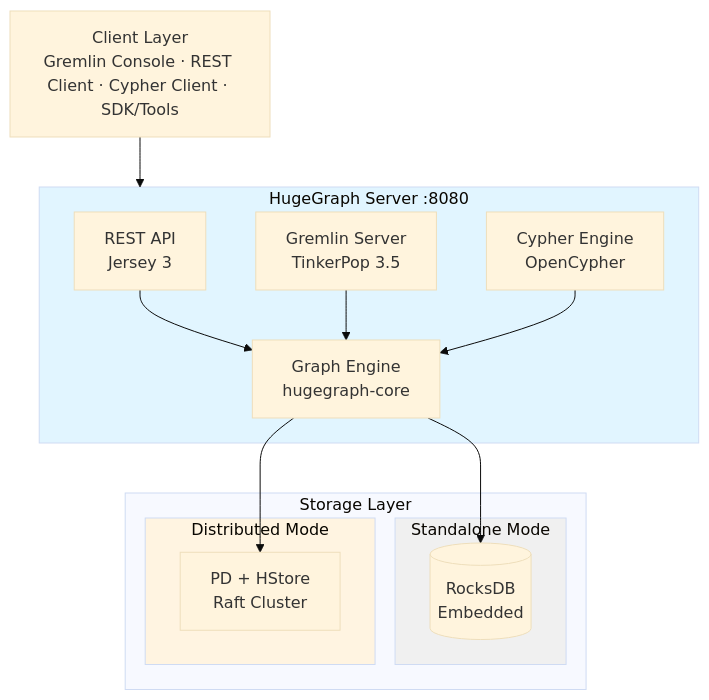
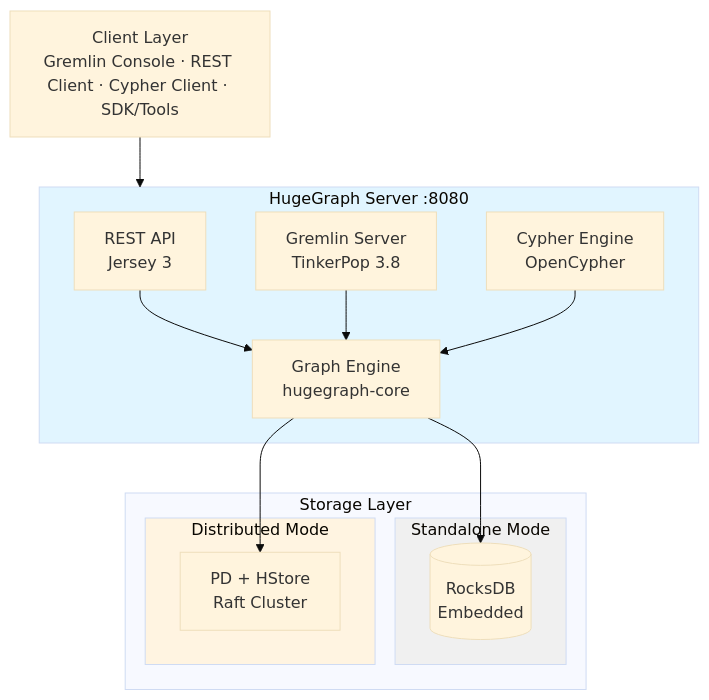
Before and after one commit to hugegraph/hugegraph: the diagram in README.md, drawn with Mermaid (base theme). The commit also changed other lines of this file and 91 other files, not shown here.

````diff
--- a/README.md
+++ b/README.md
@@ -122,33 +122,33 @@
 ```mermaid
 flowchart TB
     CLIENTS["Client Layer<br/>Gremlin Console · REST Client · Cypher Client · SDK/Tools"]
 
     subgraph Server["HugeGraph Server :8080"]
         API[REST API<br/>Jersey 3]
-        GS[Gremlin Server<br/>TinkerPop 3.5]
+        GS[Gremlin Server<br/>TinkerPop 3.8]
         CS[Cypher Engine<br/>OpenCypher]
         CORE[Graph Engine<br/>hugegraph-core]
 
         API --> CORE
         GS --> CORE
         CS --> CORE
     end
 
     subgraph Storage["Storage Layer"]
         subgraph Standalone["Standalone Mode"]
             ROCKS[(RocksDB<br/>Embedded)]
         end
 
         subgraph Distributed["Distributed Mode"]
             PD_HSTORE[PD + HStore<br/>Raft Cluster]
         end
     end
 
     CLIENTS --> Server
     CORE --> ROCKS
     CORE --> PD_HSTORE
 
     style Server fill:#e1f5ff
     style Distributed fill:#fff4e1
     style Standalone fill:#f0f0f0
 ```
````
